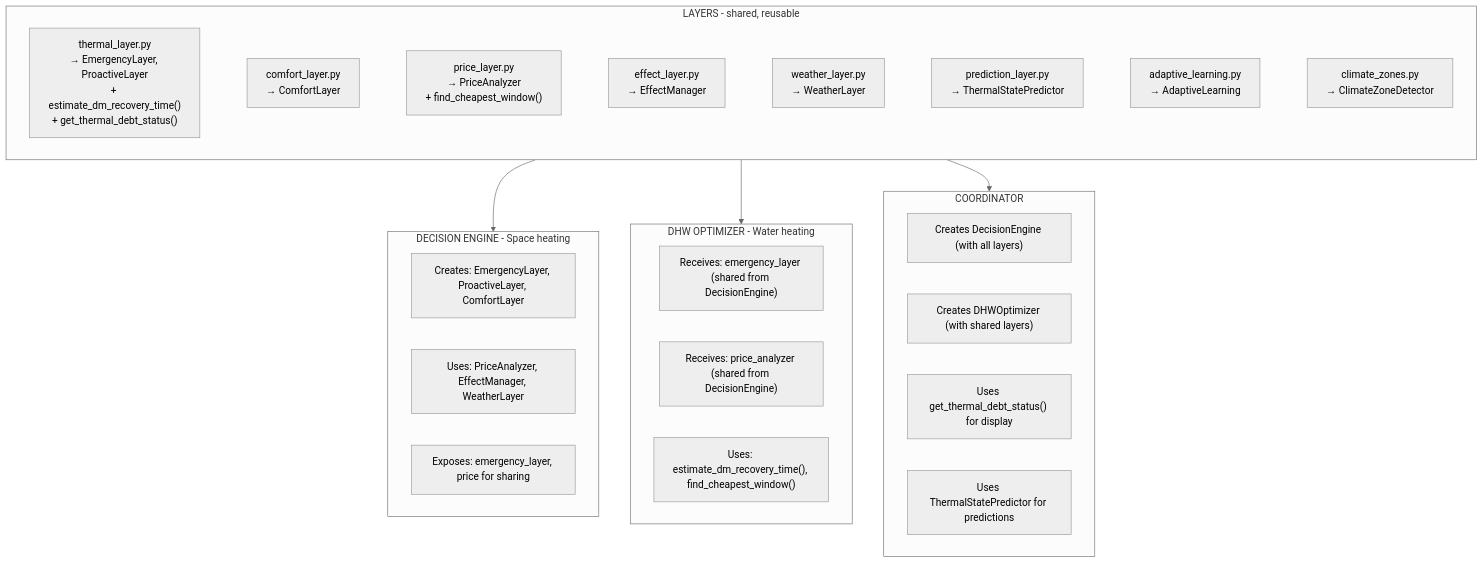
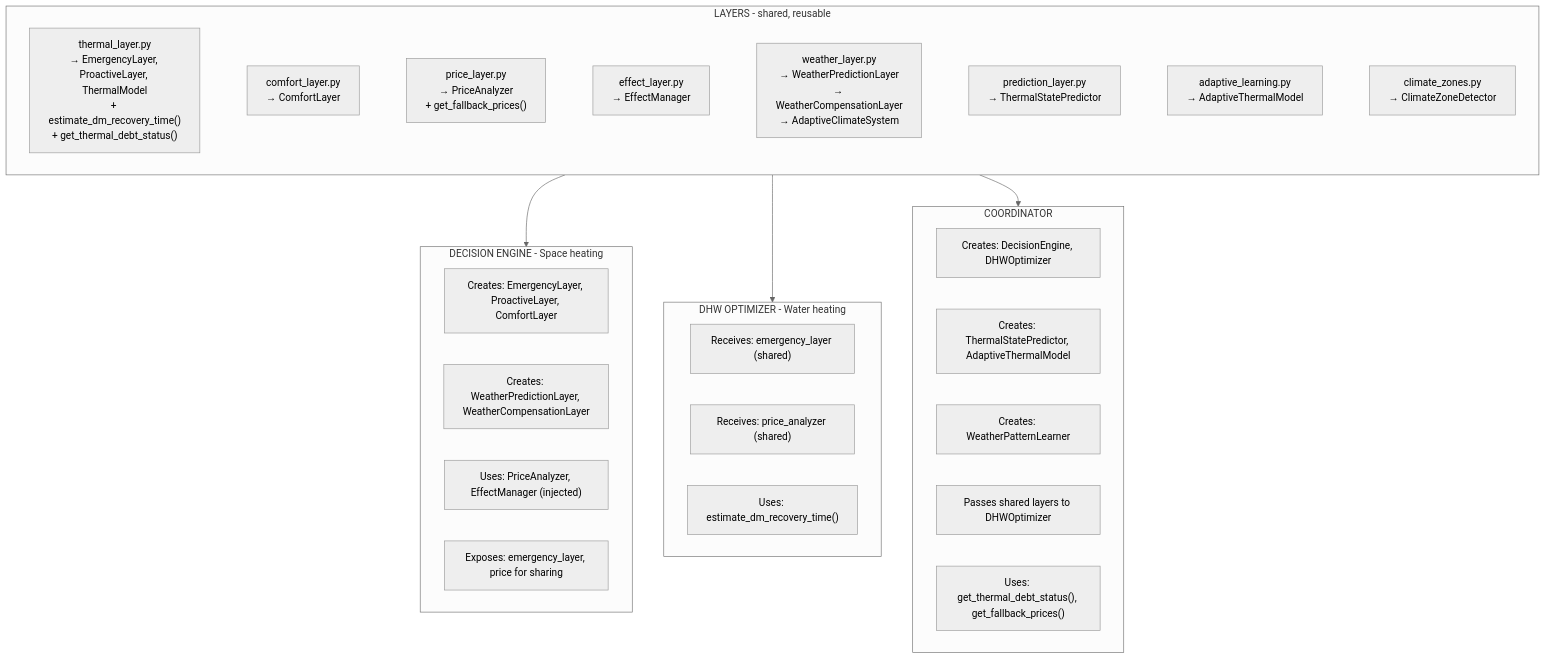
One commit to enoch85/EffektGuard changed the diagram in docs/architecture/00_overview.md. Above: the diagram before and after it, drawn with Mermaid (neutral theme). The commit also changed other lines of this file, not shown here.

````diff
--- a/docs/architecture/00_overview.md
+++ b/docs/architecture/00_overview.md
@@ -55,37 +55,39 @@
 ```mermaid
 flowchart TB
     subgraph Layers["LAYERS - shared, reusable"]
         direction LR
-        TL["thermal_layer.py<br/>→ EmergencyLayer, ProactiveLayer<br/>+ estimate_dm_recovery_time#40;#41;<br/>+ get_thermal_debt_status#40;#41;"]
+        TL["thermal_layer.py<br/>→ EmergencyLayer, ProactiveLayer, ThermalModel<br/>+ estimate_dm_recovery_time#40;#41;<br/>+ get_thermal_debt_status#40;#41;"]
         CL["comfort_layer.py<br/>→ ComfortLayer"]
-        PrL["price_layer.py<br/>→ PriceAnalyzer<br/>+ find_cheapest_window#40;#41;"]
+        PrL["price_layer.py<br/>→ PriceAnalyzer<br/>+ get_fallback_prices#40;#41;"]
         EfL["effect_layer.py<br/>→ EffectManager"]
-        WL["weather_layer.py<br/>→ WeatherLayer"]
+        WL["weather_layer.py<br/>→ WeatherPredictionLayer<br/>→ WeatherCompensationLayer<br/>→ AdaptiveClimateSystem"]
         PredL["prediction_layer.py<br/>→ ThermalStatePredictor"]
-        AL["adaptive_learning.py<br/>→ AdaptiveLearning"]
+        AL["adaptive_learning.py<br/>→ AdaptiveThermalModel"]
         CZ["climate_zones.py<br/>→ ClimateZoneDetector"]
         
         TL ~~~ CL ~~~ PrL ~~~ EfL ~~~ WL ~~~ PredL ~~~ AL ~~~ CZ
     end
 
     Layers --> DE & DHW & COORD
 
     subgraph DE["DECISION ENGINE - Space heating"]
         DE1["Creates: EmergencyLayer, ProactiveLayer, ComfortLayer"]
-        DE2["Uses: PriceAnalyzer, EffectManager, WeatherLayer"]
-        DE3["Exposes: emergency_layer, price for sharing"]
+        DE2["Creates: WeatherPredictionLayer, WeatherCompensationLayer"]
+        DE3["Uses: PriceAnalyzer, EffectManager #40;injected#41;"]
+        DE4["Exposes: emergency_layer, price for sharing"]
     end
 
     subgraph DHW["DHW OPTIMIZER - Water heating"]
-        DHW1["Receives: emergency_layer #40;shared from DecisionEngine#41;"]
-        DHW2["Receives: price_analyzer #40;shared from DecisionEngine#41;"]
-        DHW3["Uses: estimate_dm_recovery_time#40;#41;, find_cheapest_window#40;#41;"]
+        DHW1["Receives: emergency_layer #40;shared#41;"]
+        DHW2["Receives: price_analyzer #40;shared#41;"]
+        DHW3["Uses: estimate_dm_recovery_time#40;#41;"]
     end
 
     subgraph COORD["COORDINATOR"]
-        COORD1["Creates DecisionEngine #40;with all layers#41;"]
-        COORD2["Creates DHWOptimizer #40;with shared layers#41;"]
-        COORD3["Uses get_thermal_debt_status#40;#41; for display"]
-        COORD4["Uses ThermalStatePredictor for predictions"]
+        COORD1["Creates: DecisionEngine, DHWOptimizer"]
+        COORD2["Creates: ThermalStatePredictor, AdaptiveThermalModel"]
+        COORD3["Creates: WeatherPatternLearner"]
+        COORD4["Passes shared layers to DHWOptimizer"]
+        COORD5["Uses: get_thermal_debt_status#40;#41;, get_fallback_prices#40;#41;"]
     end
 ```
````
